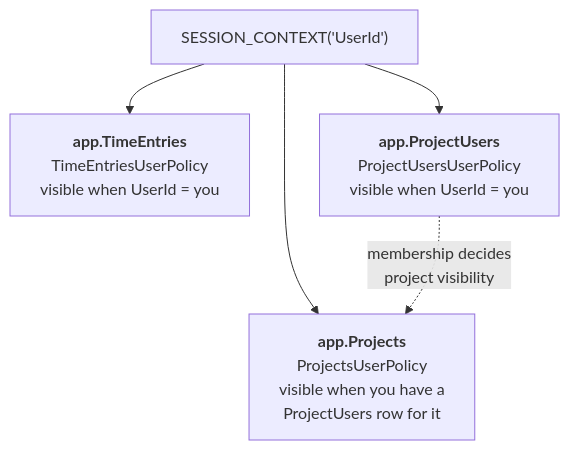
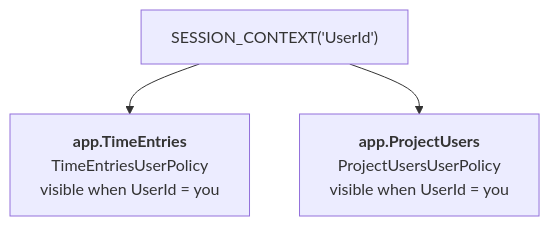
The third of 4 diagrams in docs/rls-security-model.md (zkarachiwala/TimeTracker), drawn with Mermaid before and after one commit. The commit also changed other lines of this file and 4 other files, not shown here.

First line of the commit message:
fix: drop app.ProjectsUserPolicy — RLS contradicted ADR-024 project visibility

````diff
--- a/docs/rls-security-model.md
+++ b/docs/rls-security-model.md
@@ -60,10 +65,7 @@
 ```mermaid
 flowchart TD
     S["SESSION_CONTEXT('UserId')"]
 
     S --> TEP["<b>app.TimeEntries</b><br/>TimeEntriesUserPolicy<br/>visible when UserId = you"]
     S --> PUP["<b>app.ProjectUsers</b><br/>ProjectUsersUserPolicy<br/>visible when UserId = you"]
-    S --> PP["<b>app.Projects</b><br/>ProjectsUserPolicy<br/>visible when you have a<br/>ProjectUsers row for it"]
-
-    PUP -.->|"membership decides<br/>project visibility"| PP
 ```
````
